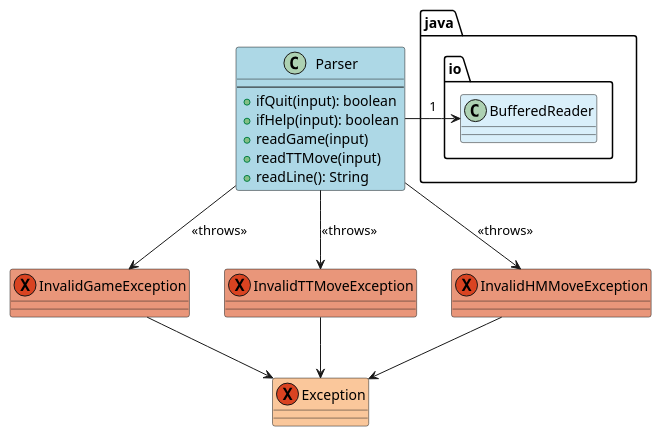
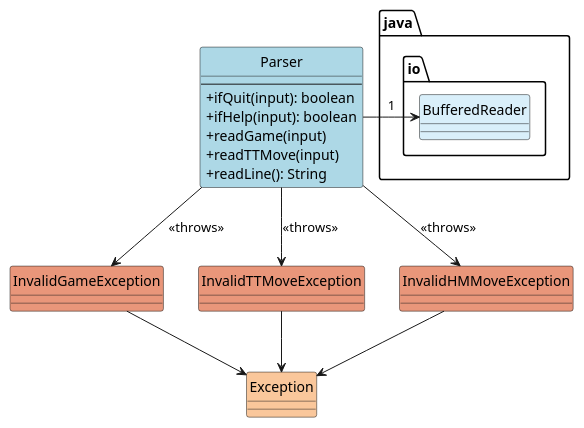
The diagram in docs/diagrams/ParserClassDiagramV2.puml (nigelheng/tp), drawn with PlantUML before and after one commit. The commit also changed 2 other files, not shown here.

Commit message:
fixes class diagrams for parser

```diff
--- a/docs/diagrams/ParserClassDiagramV2.puml
+++ b/docs/diagrams/ParserClassDiagramV2.puml
@@ -1,38 +1,43 @@
 @startuml
 exception Exception #fac79b {
 }
 
 exception InvalidTTMoveException #DarkSalmon {
 }
 
 exception InvalidGameException #DarkSalmon {
 }
 
 exception InvalidHMMoveException #DarkSalmon {
 }
 
 InvalidTTMoveException --> Exception
 InvalidGameException --> Exception
 InvalidHMMoveException --> Exception
 
+skinparam classAttributeIconSize 0
 class Parser #LightBlue {
   --
   +ifQuit(input): boolean
   +ifHelp(input): boolean
   +readGame(input)
   +readTTMove(input)
   +readLine(): String
 }
 
 class java.io.BufferedReader #d9effa {
 }
 
 Parser --> BufferedReader: 1
 Parser --> InvalidTTMoveException: <<throws>>
 Parser --> InvalidGameException: <<throws>>
 Parser --> InvalidHMMoveException: <<throws>>
 
 BufferedReader -right[hidden]- Parser
 InvalidGameException -right[hidden]- InvalidTTMoveException
 
+hide Parser circle
+hide InvalidGameException circle
+hide BufferedReader circle
+hide Exception circle
 @enduml
```
